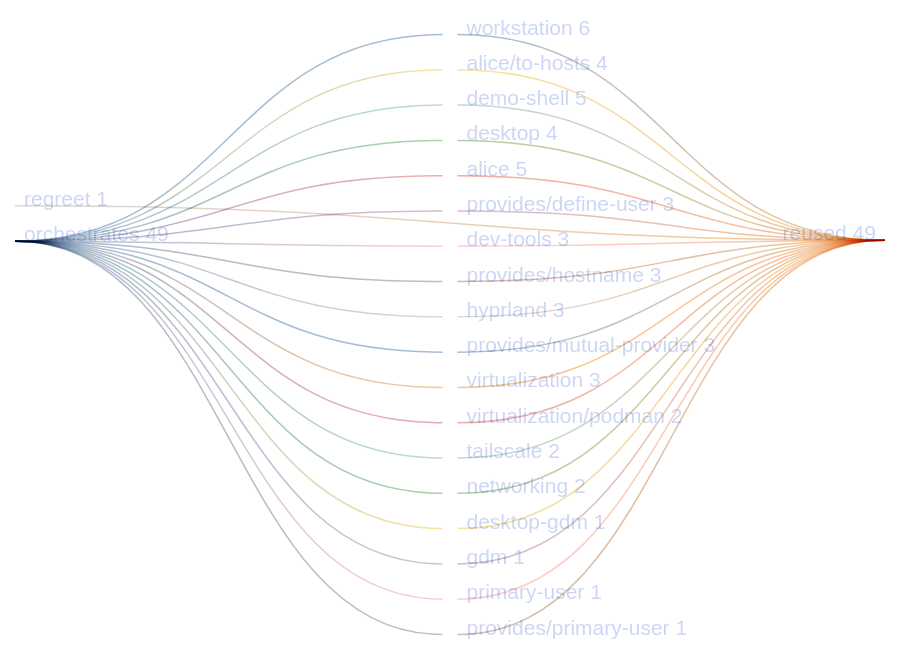
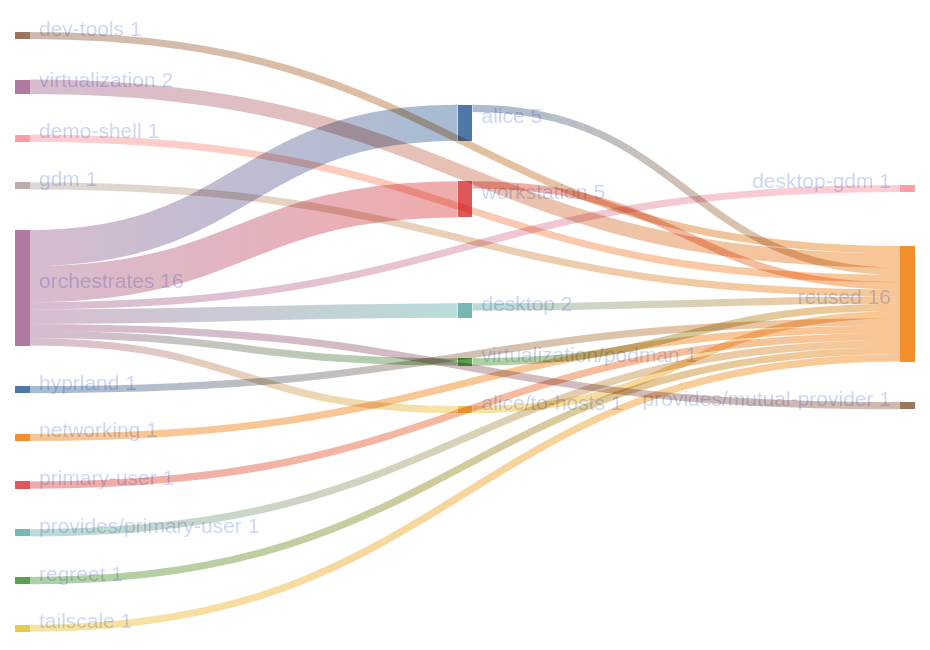
The diagram in templates/diag-fx-demo/diagrams/desktop-gdm-fan.md (sini/den), drawn with Mermaid before and after one commit. The commit also changed 849 other files, not shown here.

Commit message:
chore: update fx diagrams

````diff
--- a/templates/diag-fx-demo/diagrams/desktop-gdm-fan.md
+++ b/templates/diag-fx-demo/diagrams/desktop-gdm-fan.md
@@ -5,42 +5,27 @@
 ```mermaid
 %%{init: {"theme":"base","themeVariables":{"activationBkgColor":"#313244","activationBorderColor":"#6c7086","actorBkg":"#313244","actorBorder":"#a6adc8","actorLineColor":"#a6adc8","actorTextColor":"#cdd6f4","background":"#1e1e2e","classText":"#cdd6f4","clusterBkg":"#313244","clusterBorder":"#6c7086","edgeLabelBackground":"#1e1e2e","labelBoxBkgColor":"#313244","labelBoxBorderColor":"#a6adc8","labelTextColor":"#cdd6f4","lineColor":"#a6adc8","loopTextColor":"#cdd6f4","mainBkg":"#313244","nodeBkg":"#313244","nodeBorder":"#a6adc8","nodeTextColor":"#cdd6f4","noteBkgColor":"#313244","noteBorderColor":"#6c7086","noteTextColor":"#cdd6f4","pie1":"#f38ba8","pie2":"#fab387","pie3":"#f9e2af","pie4":"#a6e3a1","pie5":"#94e2d5","pie6":"#89b4fa","pie7":"#cba6f7","pie8":"#f2cdcd","pieLegendTextColor":"#cdd6f4","pieOuterStrokeColor":"#6c7086","pieSectionTextColor":"#cdd6f4","pieStrokeColor":"#6c7086","pieTitleTextColor":"#cdd6f4","primaryBorderColor":"#a6adc8","primaryColor":"#313244","primaryTextColor":"#cdd6f4","secondBkg":"#313244","secondaryBorderColor":"#6c7086","secondaryColor":"#313244","secondaryTextColor":"#cdd6f4","sequenceNumberColor":"#1e1e2e","signalColor":"#a6adc8","signalTextColor":"#cdd6f4","tertiaryBorderColor":"#6c7086","tertiaryColor":"#313244","tertiaryTextColor":"#cdd6f4","textColor":"#cdd6f4","titleColor":"#cdd6f4"}}}%%
 sankey-beta
 
-"workstation","reused",6
-"alice","reused",4
-"demo-shell","reused",5
-"desktop","reused",3
-"alice/to-hosts","reused",3
-"provides/define-user","reused",3
-"dev-tools","reused",3
-"provides/hostname","reused",3
-"hyprland","reused",3
-"provides/mutual-provider","reused",3
-"virtualization","reused",3
-"virtualization/podman","reused",2
-"tailscale","reused",2
+"alice","reused",1
+"workstation","reused",1
+"desktop","reused",1
+"virtualization/podman","reused",1
+"alice/to-hosts","reused",1
+"virtualization","reused",2
+"demo-shell","reused",1
+"dev-tools","reused",1
+"gdm","reused",1
+"hyprland","reused",1
 "networking","reused",1
-"desktop-gdm","reused",1
-"gdm","reused",1
 "primary-user","reused",1
 "provides/primary-user","reused",1
 "regreet","reused",1
-"orchestrates","workstation",6
+"tailscale","reused",1
 "orchestrates","alice",5
-"orchestrates","demo-shell",3
-"orchestrates","desktop",4
-"orchestrates","alice/to-hosts",4
-"orchestrates","provides/define-user",3
-"orchestrates","dev-tools",3
-"orchestrates","provides/hostname",3
-"orchestrates","hyprland",3
-"orchestrates","provides/mutual-provider",3
-"orchestrates","virtualization",2
-"orchestrates","virtualization/podman",2
-"orchestrates","tailscale",2
-"orchestrates","networking",2
+"orchestrates","workstation",5
+"orchestrates","desktop",2
+"orchestrates","virtualization/podman",1
+"orchestrates","alice/to-hosts",1
 "orchestrates","desktop-gdm",1
-"orchestrates","gdm",1
-"orchestrates","primary-user",1
-"orchestrates","provides/primary-user",1
+"orchestrates","provides/mutual-provider",1
 ```
````
